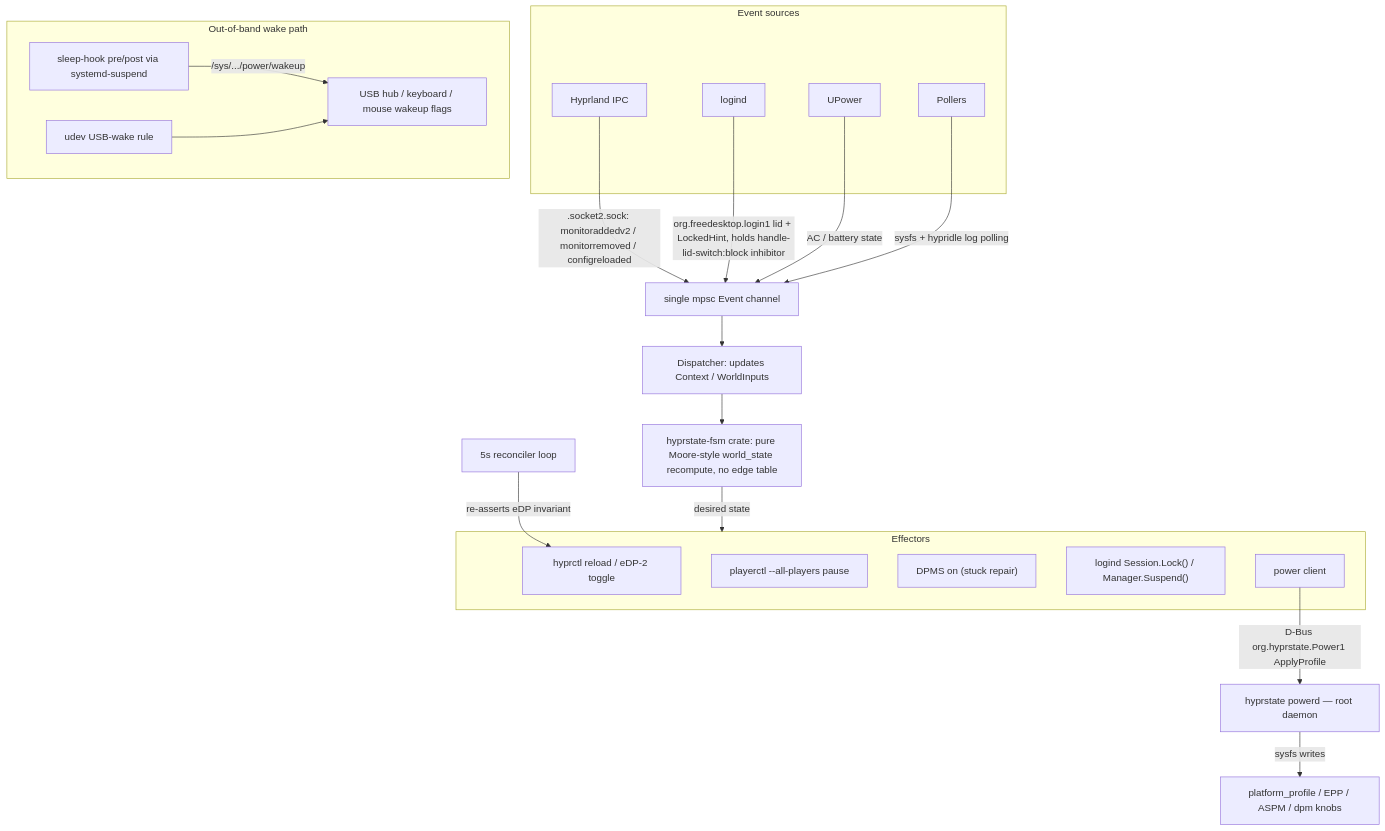
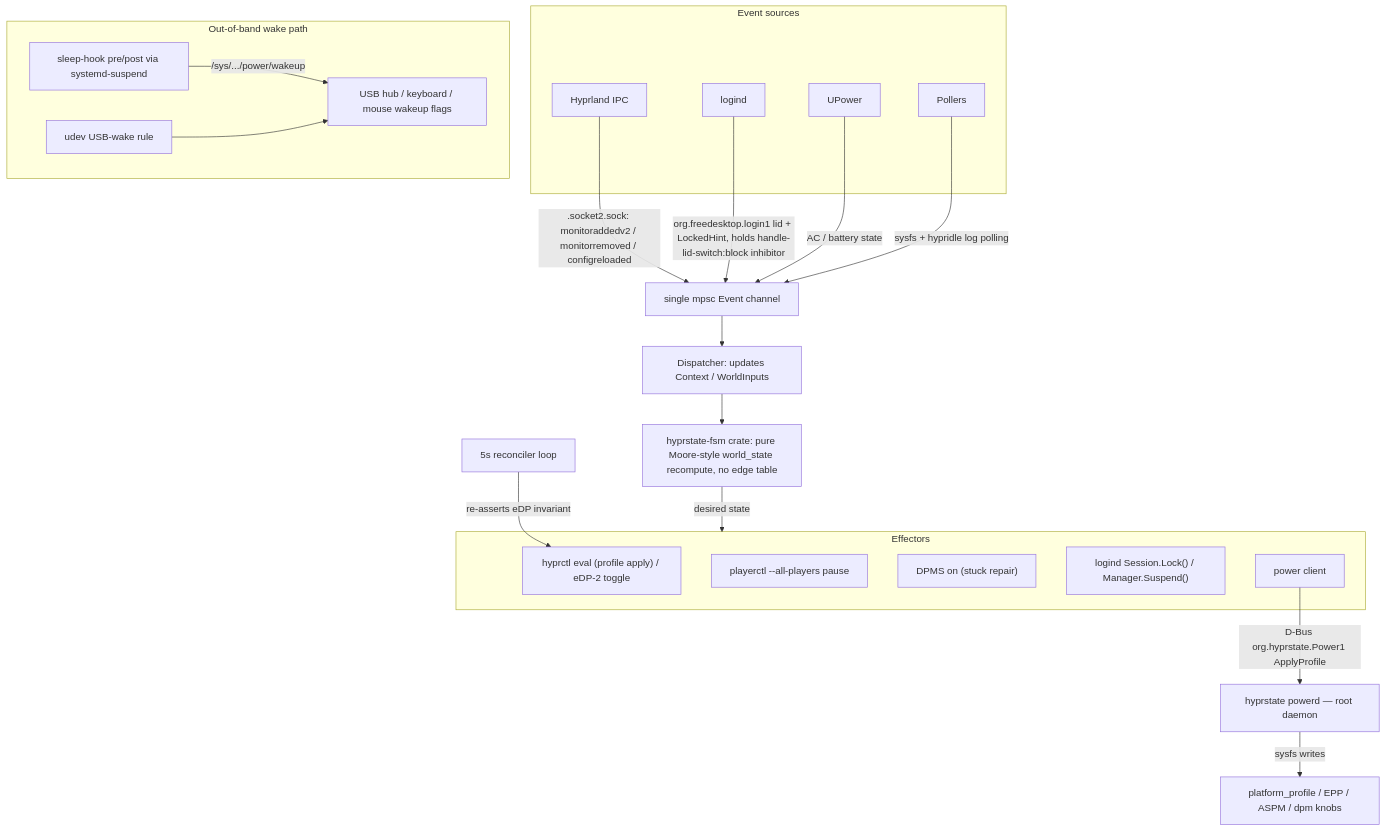
One commit to MasonRhodesDev/hyprstate changed the diagram in README.md. Above: the diagram before and after it, drawn with Mermaid. The commit also changed 10 other files, not shown here.

First line of the commit message:
profile: apply via hyprctl eval, not reload; release 2.7.2 (#36)

````diff
--- a/README.md
+++ b/README.md
@@ -20,35 +20,35 @@
 ```mermaid
 flowchart TD
     subgraph sources["Event sources"]
         hypr["Hyprland IPC"]
         logind["logind"]
         upower["UPower"]
         poll["Pollers"]
     end
 
     hypr -->|".socket2.sock: monitoraddedv2 / monitorremoved / configreloaded"| chan
     logind -->|"org.freedesktop.login1 lid + LockedHint, holds handle-lid-switch:block inhibitor"| chan
     upower -->|"AC / battery state"| chan
     poll -->|"sysfs + hypridle log polling"| chan
 
     chan["single mpsc Event channel"] --> disp["Dispatcher: updates Context / WorldInputs"]
     disp --> fsm["hyprstate-fsm crate: pure Moore-style world_state recompute, no edge table"]
     fsm -->|"desired state"| eff
 
     subgraph eff["Effectors"]
-        mon["hyprctl reload / eDP-2 toggle"]
+        mon["hyprctl eval (profile apply) / eDP-2 toggle"]
         media["playerctl --all-players pause"]
         dpms["DPMS on (stuck repair)"]
         sd["logind Session.Lock() / Manager.Suspend()"]
         pwr["power client"]
     end
 
     recon["5s reconciler loop"] -->|"re-asserts eDP invariant"| mon
     pwr -->|"D-Bus org.hyprstate.Power1 ApplyProfile"| powerd["hyprstate powerd — root daemon"]
     powerd -->|"sysfs writes"| knobs["platform_profile / EPP / ASPM / dpm knobs"]
 
     subgraph wake["Out-of-band wake path"]
         hook["sleep-hook pre/post via systemd-suspend"] -->|"/sys/.../power/wakeup"| usb["USB hub / keyboard / mouse wakeup flags"]
         udev["udev USB-wake rule"] --> usb
     end
 ```
````
